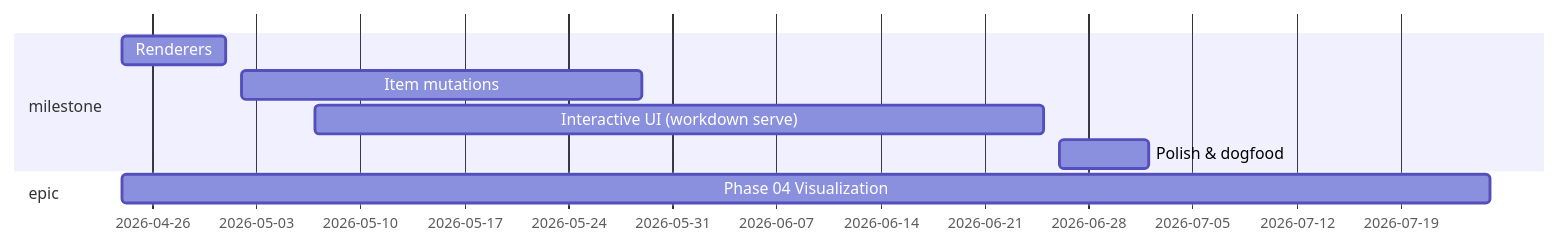
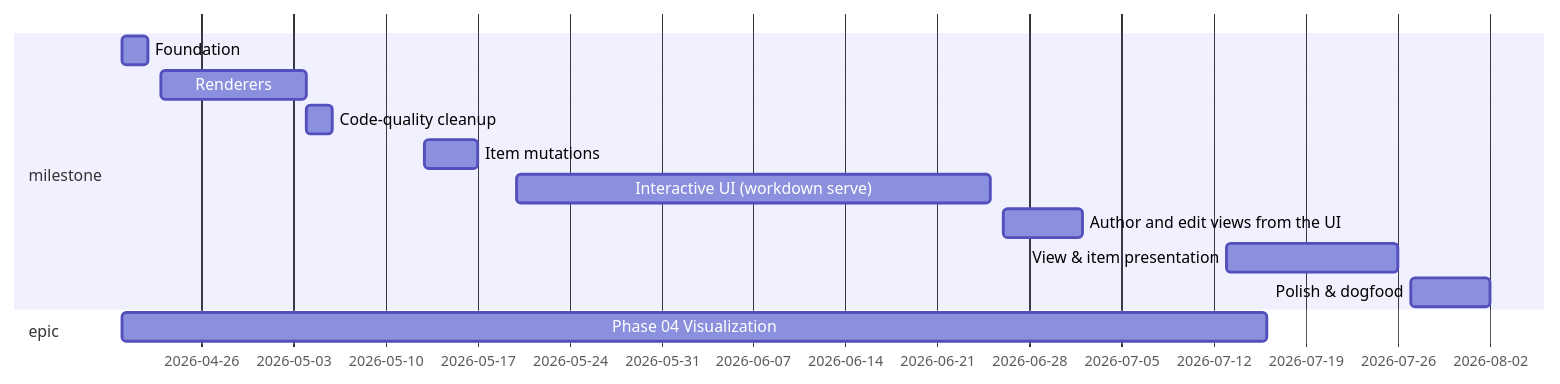
The diagram in views/roadmap-by-duration.md (jasdefer/Workdown), drawn with Mermaid before and after one commit. The commit also changed other lines of this file and 54 other files, not shown here.

````diff
--- a/views/roadmap-by-duration.md
+++ b/views/roadmap-by-duration.md
@@ -5,11 +5,15 @@
 ```mermaid
 gantt
     dateFormat YYYY-MM-DD
     section milestone
-    Renderers :renderers, 2026-04-24, 2026-05-01
-    Item mutations :item-mutations, 2026-05-02, 2026-05-29
-    Interactive UI (workdown serve) :server, 2026-05-07, 2026-06-25
-    Polish & dogfood :polish, 2026-06-26, 2026-07-02
+    Foundation :foundation, 2026-04-20, 2026-04-22
+    Renderers :renderers, 2026-04-23, 2026-05-04
+    Code-quality cleanup :code-quality, 2026-05-04, 2026-05-06
+    Item mutations :item-mutations, 2026-05-13, 2026-05-17
+    Interactive UI (workdown serve) :server, 2026-05-20, 2026-06-25
+    Author and edit views from the UI :view-authoring, 2026-06-26, 2026-07-02
+    View & item presentation :view-presentation, 2026-07-13, 2026-07-26
+    Polish & dogfood :polish, 2026-07-27, 2026-08-02
     section epic
-    Phase 04 Visualization :phase-04-visualization, 2026-04-24, 2026-07-25
+    Phase 04 Visualization :phase-04-visualization, 2026-04-20, 2026-07-16
 ```
````
